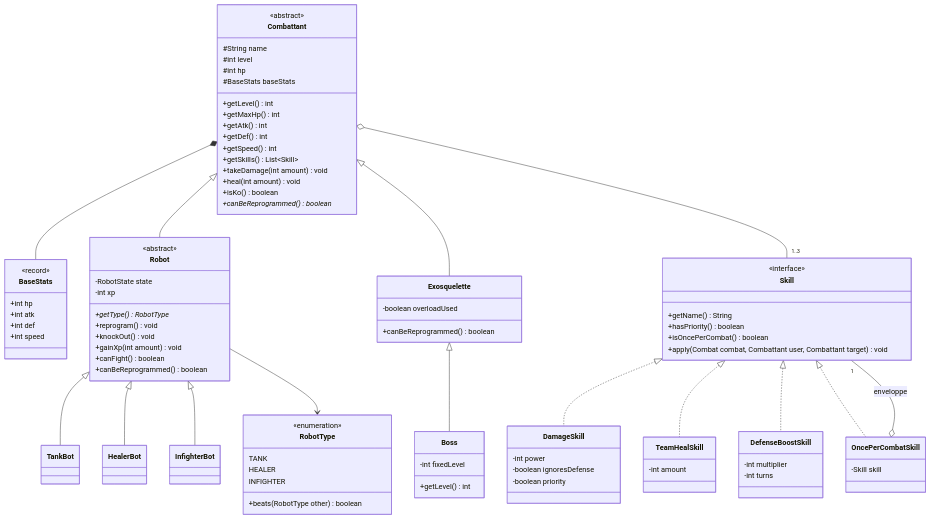
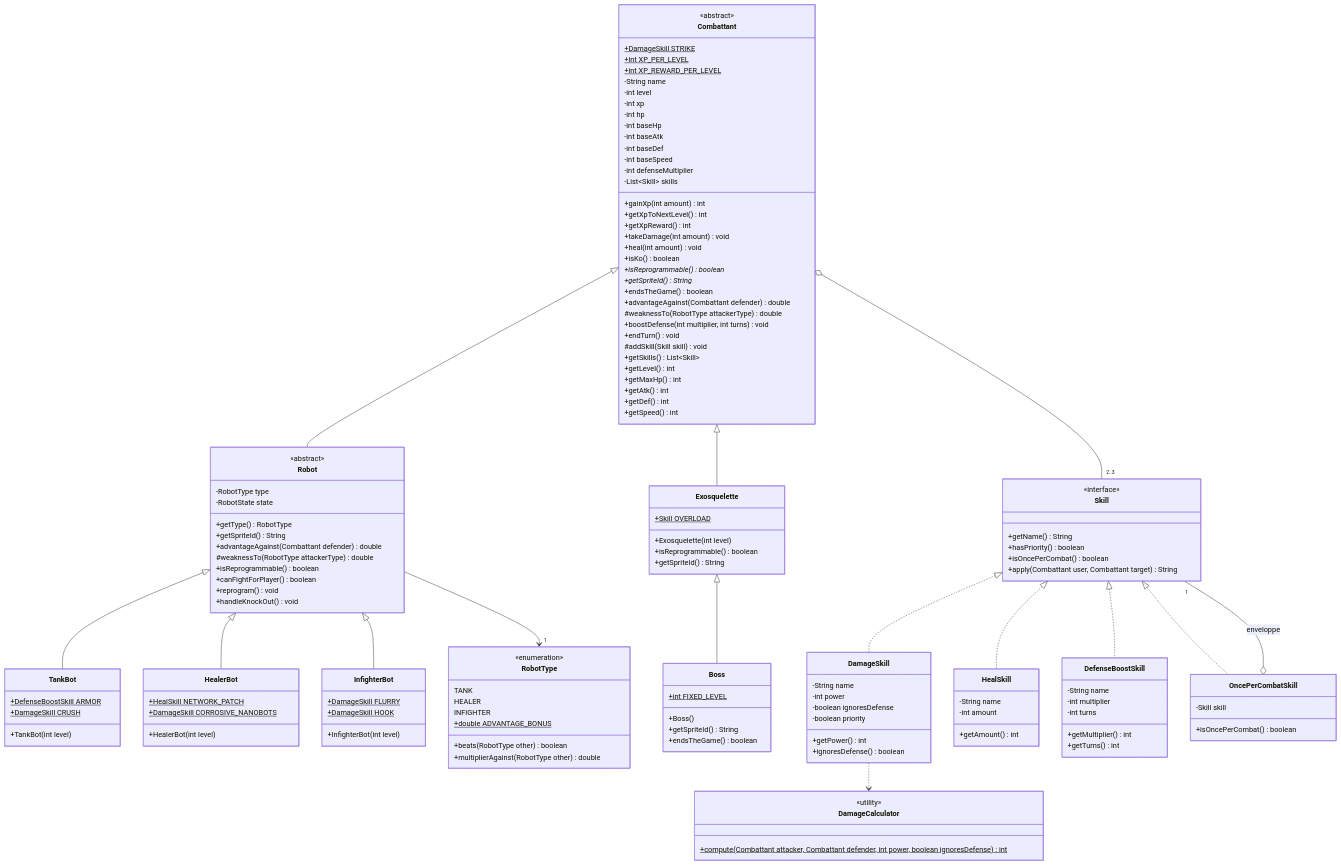
One commit to ValentinBassot/2D-Game changed the first of 11 diagrams in docs/uml.md. Above: the diagram before and after it, drawn with Mermaid. The commit also changed other lines of this file, not shown here.

Commit message:
docs(uml): sync the UML diagrams with the current code

````diff
--- a/docs/uml.md
+++ b/docs/uml.md
@@ -29,54 +35,85 @@
 
     class Combattant {
         <<abstract>>
-        #String name
-        #int level
-        #int hp
-        #BaseStats baseStats
+        +DamageSkill STRIKE$
+        +int XP_PER_LEVEL$
+        +int XP_REWARD_PER_LEVEL$
+        -String name
+        -int level
+        -int xp
+        -int hp
+        -int baseHp
+        -int baseAtk
+        -int baseDef
+        -int baseSpeed
+        -int defenseMultiplier
+        -List~Skill~ skills
+        +gainXp(int amount) int
+        +getXpToNextLevel() int
+        +getXpReward() int
+        +takeDamage(int amount) void
+        +heal(int amount) void
+        +isKo() boolean
+        +isReprogrammable()* boolean
+        +getSpriteId()* String
+        +endsTheGame() boolean
+        +advantageAgainst(Combattant defender) double
+        #weaknessTo(RobotType attackerType) double
+        +boostDefense(int multiplier, int turns) void
+        +endTurn() void
+        #addSkill(Skill skill) void
+        +getSkills() List~Skill~
         +getLevel() int
         +getMaxHp() int
         +getAtk() int
         +getDef() int
         +getSpeed() int
-        +getSkills() List~Skill~
-        +takeDamage(int amount) void
-        +heal(int amount) void
-        +isKo() boolean
-        +canBeReprogrammed() boolean*
-    }
-
-    class BaseStats {
-        <<record>>
-        +int hp
-        +int atk
-        +int def
-        +int speed
     }
 
     class Robot {
         <<abstract>>
+        -RobotType type
         -RobotState state
-        -int xp
-        +getType() RobotType*
+        +getType() RobotType
+        +getSpriteId() String
+        +advantageAgainst(Combattant defender) double
+        #weaknessTo(RobotType attackerType) double
+        +isReprogrammable() boolean
+        +canFightForPlayer() boolean
         +reprogram() void
-        +knockOut() void
-        +gainXp(int amount) void
-        +canFight() boolean
-        +canBeReprogrammed() boolean
+        +handleKnockOut() void
     }
 
-    class TankBot
-    class HealerBot
-    class InfighterBot
+    class TankBot {
+        +DefenseBoostSkill ARMOR$
+        +DamageSkill CRUSH$
+        +TankBot(int level)
+    }
+
+    class HealerBot {
+        +HealSkill NETWORK_PATCH$
+        +DamageSkill CORROSIVE_NANOBOTS$
+        +HealerBot(int level)
+    }
+
+    class InfighterBot {
+        +DamageSkill FLURRY$
+        +DamageSkill HOOK$
+        +InfighterBot(int level)
+    }
 
     class Exosquelette {
-        -boolean overloadUsed
-        +canBeReprogrammed() boolean
+        +Skill OVERLOAD$
+        +Exosquelette(int level)
+        +isReprogrammable() boolean
+        +getSpriteId() String
     }
 
     class Boss {
-        -int fixedLevel
-        +getLevel() int
+        +int FIXED_LEVEL$
+        +Boss()
+        +getSpriteId() String
+        +endsTheGame() boolean
     }
 
     class RobotType {
@@ -84,7 +121,9 @@
         TANK
         HEALER
         INFIGHTER
+        +double ADVANTAGE_BONUS$
         +beats(RobotType other) boolean
+        +multiplierAgainst(RobotType other) double
     }
 
     class Skill {
@@ -92,26 +131,40 @@
         +getName() String
         +hasPriority() boolean
         +isOncePerCombat() boolean
-        +apply(Combat combat, Combattant user, Combattant target) void
+        +apply(Combattant user, Combattant target) String
+    }
+
+    class DamageSkill {
+        -String name
+        -int power
+        -boolean ignoresDefense
+        -boolean priority
+        +getPower() int
+        +ignoresDefense() boolean
+    }
+
+    class HealSkill {
+        -String name
+        -int amount
+        +getAmount() int
+    }
+
+    class DefenseBoostSkill {
+        -String name
+        -int multiplier
+        -int turns
+        +getMultiplier() int
+        +getTurns() int
     }
 
     class OncePerCombatSkill {
         -Skill skill
+        +isOncePerCombat() boolean
     }
 
-    class DamageSkill {
-        -int power
-        -boolean ignoresDefense
-        -boolean priority
-    }
-
-    class TeamHealSkill {
-        -int amount
-    }
-
-    class DefenseBoostSkill {
-        -int multiplier
-        -int turns
+    class DamageCalculator {
+        <<utility>>
+        +compute(Combattant attacker, Combattant defender, int power, boolean ignoresDefense)$ int
     }
 
     Combattant <|-- Robot
@@ -120,12 +173,12 @@
     Robot <|-- HealerBot
     Robot <|-- InfighterBot
     Exosquelette <|-- Boss
-    Combattant *-- BaseStats
-    Combattant o-- "1..3" Skill
-    Robot --> RobotType
+    Combattant o-- "2..3" Skill
+    Robot --> "1" RobotType
     Skill <|.. DamageSkill
-    Skill <|.. TeamHealSkill
+    Skill <|.. HealSkill
     Skill <|.. DefenseBoostSkill
     Skill <|.. OncePerCombatSkill
     OncePerCombatSkill o-- "1" Skill : enveloppe
+    DamageSkill ..> DamageCalculator
 ```
````
